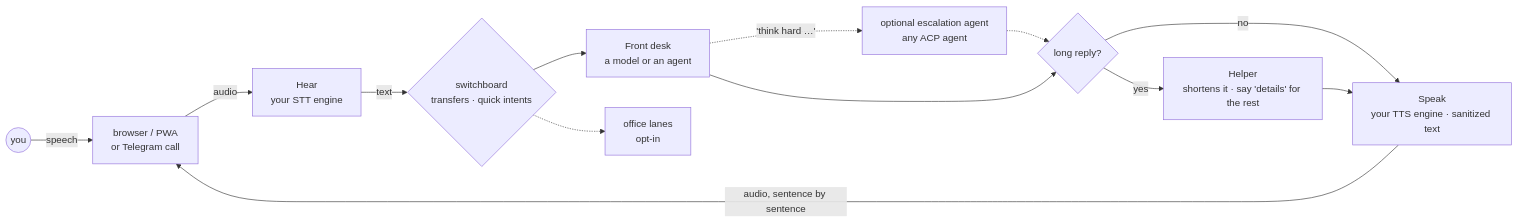
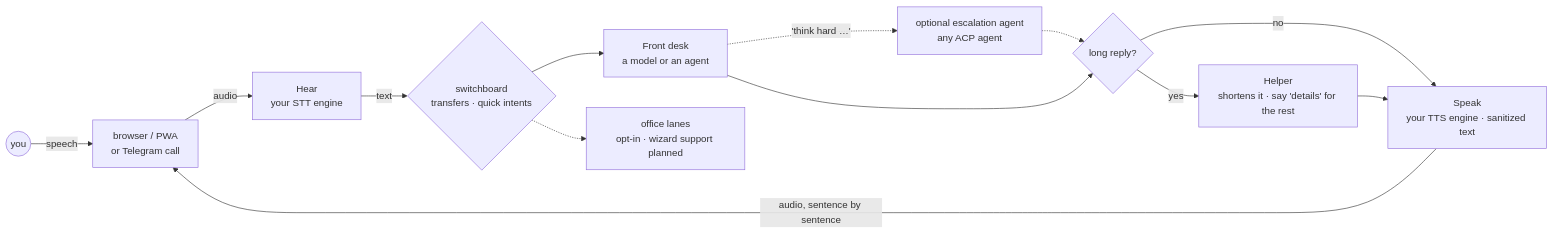
The diagram in README.md (5uck1ess/cicero), drawn with Mermaid before and after one commit. The commit also changed other lines of this file and 2 other files, not shown here.

Commit message:
docs(readme): keep the office-lanes 'not in wizard yet' caveat

````diff
--- a/README.md
+++ b/README.md
@@ -61,15 +61,15 @@
 ```mermaid
 flowchart LR
     Y((you)) -->|speech| B["browser / PWA<br/>or Telegram call"]
     B -->|audio| H["Hear<br/>your STT engine"]
     H -->|text| Q{"switchboard<br/>transfers · quick intents"}
     Q --> F["Front desk<br/>a model or an agent"]
     F -.->|"'think hard …'"| E["optional escalation agent<br/>any ACP agent"]
     E -.-> R
     F --> R{"long reply?"}
     R -->|yes| HL["Helper<br/>shortens it · say 'details' for the rest"]
     R -->|no| S
     HL --> S["Speak<br/>your TTS engine · sanitized text"]
     S -->|"audio, sentence by sentence"| B
-    Q -.-> L["office lanes<br/>opt-in"]
+    Q -.-> L["office lanes<br/>opt-in · wizard support planned"]
 ```
````
